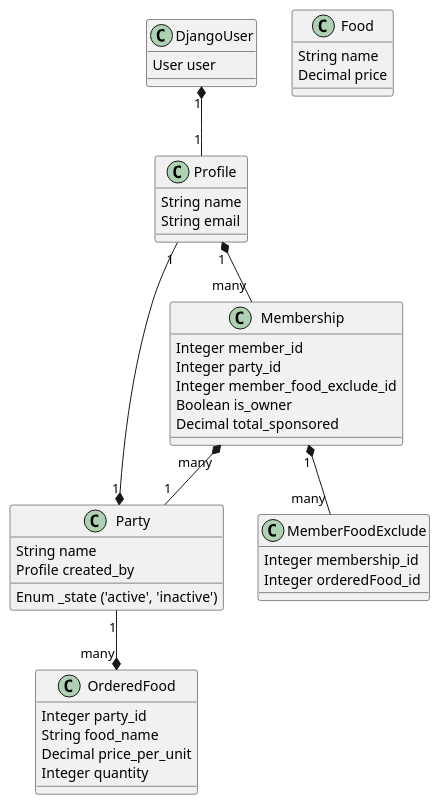
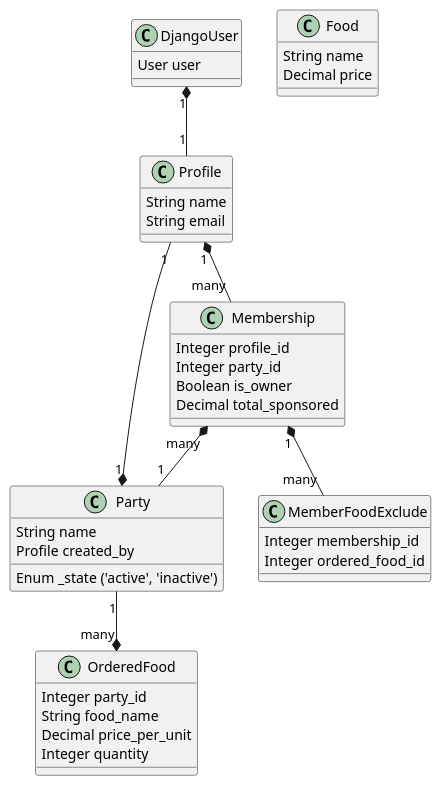
Before and after one commit to DDshka/PartyCalculator: the diagram in umlcomposition.puml, drawn with PlantUML. The commit also changed 46 other files, not shown here.

```diff
--- a/umlcomposition.puml
+++ b/umlcomposition.puml
@@ -1,50 +1,49 @@
 @startuml
 class Profile {
   String name
   String email
 }
 
 class DjangoUser {
   User user
 }
 
 class Party {
   String name
+  Profile created_by
   Enum _state ('active', 'inactive')
-  Profile created_by
 }
 
 class Food {
   String name
   Decimal price
 }
 
 class Membership {
-  Integer member_id
+  Integer profile_id
   Integer party_id
-  Integer member_food_exclude_id
   Boolean is_owner
   Decimal total_sponsored
 }
 
 class MemberFoodExclude {
   Integer membership_id
-  Integer orderedFood_id
+  Integer ordered_food_id
 }
 
 class OrderedFood {
   Integer party_id
   String food_name
   Decimal price_per_unit
   Integer quantity
 }
 
+DjangoUser "1" *-- "1" Profile
 
-DjangoUser "1" *-- "1" Profile
 
 Profile "1" *-- "many" Membership
 Membership "1" *-- "many" MemberFoodExclude
 Membership "many" *-- "1" Party
 Party "1" --* "many" OrderedFood
 Party "1" *-- "1" Profile
 @enduml
```
